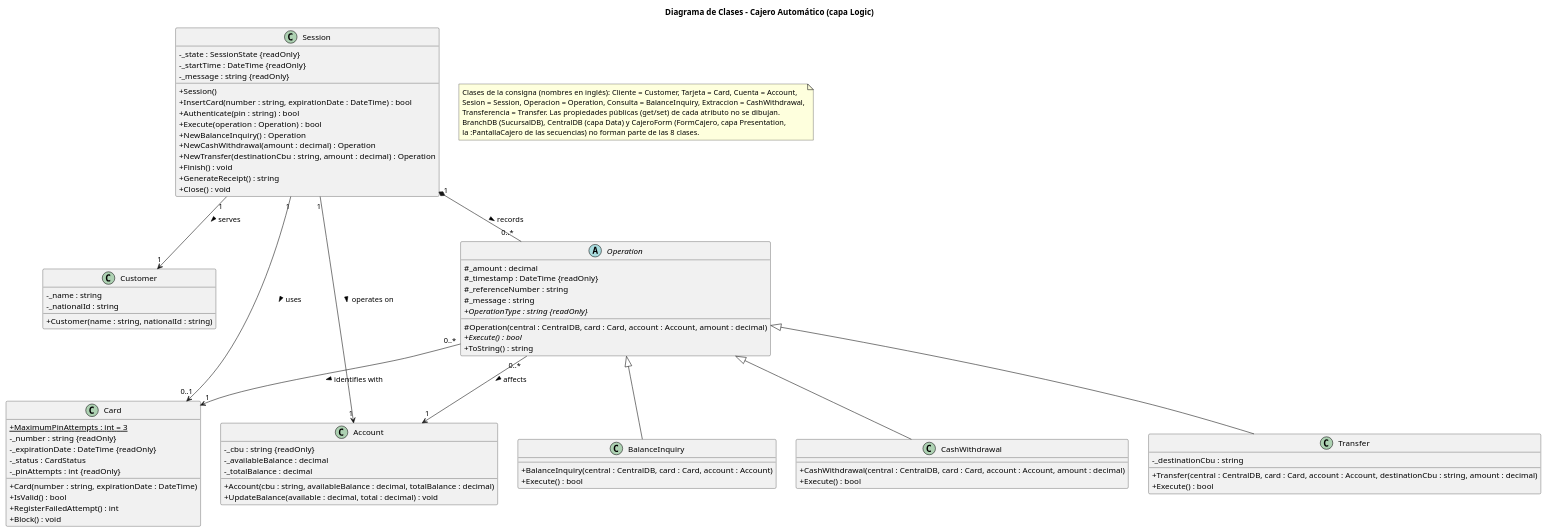
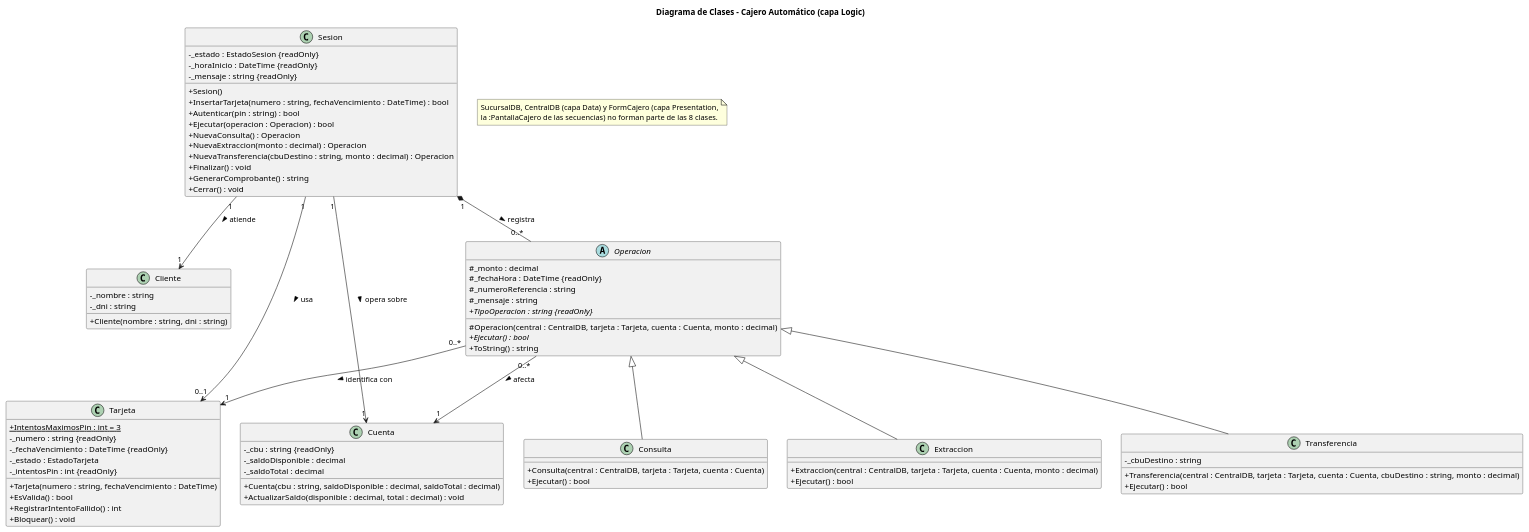
The diagram in diseno-e-implementacion-de-sistemas/trabajo-integrador/diagrams/04_clases.puml (4l3j0Ok/institute-third-year), drawn with PlantUML before and after one commit. The commit also changed 55 other files, not shown here.

Commit message:
Add FormCajero class for ATM interface and update Program entry point

```diff
--- a/diseno-e-implementacion-de-sistemas/trabajo-integrador/diagrams/04_clases.puml
+++ b/diseno-e-implementacion-de-sistemas/trabajo-integrador/diagrams/04_clases.puml
@@ -1,93 +1,90 @@
 @startuml 04_clases
 title Diagrama de Clases - Cajero Automático (capa Logic)
 skinparam shadowing false
 skinparam classAttributeIconSize 0
 
-class Customer {
-  - _name : string
-  - _nationalId : string
-  + Customer(name : string, nationalId : string)
+class Cliente {
+  - _nombre : string
+  - _dni : string
+  + Cliente(nombre : string, dni : string)
 }
 
-class Card {
-  + {static} MaximumPinAttempts : int = 3
-  - _number : string {readOnly}
-  - _expirationDate : DateTime {readOnly}
-  - _status : CardStatus
-  - _pinAttempts : int {readOnly}
-  + Card(number : string, expirationDate : DateTime)
-  + IsValid() : bool
-  + RegisterFailedAttempt() : int
-  + Block() : void
+class Tarjeta {
+  + {static} IntentosMaximosPin : int = 3
+  - _numero : string {readOnly}
+  - _fechaVencimiento : DateTime {readOnly}
+  - _estado : EstadoTarjeta
+  - _intentosPin : int {readOnly}
+  + Tarjeta(numero : string, fechaVencimiento : DateTime)
+  + EsValida() : bool
+  + RegistrarIntentoFallido() : int
+  + Bloquear() : void
 }
 
-class Account {
+class Cuenta {
   - _cbu : string {readOnly}
-  - _availableBalance : decimal
-  - _totalBalance : decimal
-  + Account(cbu : string, availableBalance : decimal, totalBalance : decimal)
-  + UpdateBalance(available : decimal, total : decimal) : void
+  - _saldoDisponible : decimal
+  - _saldoTotal : decimal
+  + Cuenta(cbu : string, saldoDisponible : decimal, saldoTotal : decimal)
+  + ActualizarSaldo(disponible : decimal, total : decimal) : void
 }
 
-class Session {
-  - _state : SessionState {readOnly}
-  - _startTime : DateTime {readOnly}
-  - _message : string {readOnly}
-  + Session()
-  + InsertCard(number : string, expirationDate : DateTime) : bool
-  + Authenticate(pin : string) : bool
-  + Execute(operation : Operation) : bool
-  + NewBalanceInquiry() : Operation
-  + NewCashWithdrawal(amount : decimal) : Operation
-  + NewTransfer(destinationCbu : string, amount : decimal) : Operation
-  + Finish() : void
-  + GenerateReceipt() : string
-  + Close() : void
+class Sesion {
+  - _estado : EstadoSesion {readOnly}
+  - _horaInicio : DateTime {readOnly}
+  - _mensaje : string {readOnly}
+  + Sesion()
+  + InsertarTarjeta(numero : string, fechaVencimiento : DateTime) : bool
+  + Autenticar(pin : string) : bool
+  + Ejecutar(operacion : Operacion) : bool
+  + NuevaConsulta() : Operacion
+  + NuevaExtraccion(monto : decimal) : Operacion
+  + NuevaTransferencia(cbuDestino : string, monto : decimal) : Operacion
+  + Finalizar() : void
+  + GenerarComprobante() : string
+  + Cerrar() : void
 }
 
-abstract class Operation {
-  # _amount : decimal
-  # _timestamp : DateTime {readOnly}
-  # _referenceNumber : string
-  # _message : string
-  + {abstract} OperationType : string {readOnly}
-  # Operation(central : CentralDB, card : Card, account : Account, amount : decimal)
-  + {abstract} Execute() : bool
+abstract class Operacion {
+  # _monto : decimal
+  # _fechaHora : DateTime {readOnly}
+  # _numeroReferencia : string
+  # _mensaje : string
+  + {abstract} TipoOperacion : string {readOnly}
+  # Operacion(central : CentralDB, tarjeta : Tarjeta, cuenta : Cuenta, monto : decimal)
+  + {abstract} Ejecutar() : bool
   + ToString() : string
 }
 
-class BalanceInquiry {
-  + BalanceInquiry(central : CentralDB, card : Card, account : Account)
-  + Execute() : bool
+class Consulta {
+  + Consulta(central : CentralDB, tarjeta : Tarjeta, cuenta : Cuenta)
+  + Ejecutar() : bool
 }
 
-class CashWithdrawal {
-  + CashWithdrawal(central : CentralDB, card : Card, account : Account, amount : decimal)
-  + Execute() : bool
+class Extraccion {
+  + Extraccion(central : CentralDB, tarjeta : Tarjeta, cuenta : Cuenta, monto : decimal)
+  + Ejecutar() : bool
 }
 
-class Transfer {
-  - _destinationCbu : string
-  + Transfer(central : CentralDB, card : Card, account : Account, destinationCbu : string, amount : decimal)
-  + Execute() : bool
+class Transferencia {
+  - _cbuDestino : string
+  + Transferencia(central : CentralDB, tarjeta : Tarjeta, cuenta : Cuenta, cbuDestino : string, monto : decimal)
+  + Ejecutar() : bool
 }
 
-Operation <|-- BalanceInquiry
-Operation <|-- CashWithdrawal
-Operation <|-- Transfer
+Operacion <|-- Consulta
+Operacion <|-- Extraccion
+Operacion <|-- Transferencia
 
-Session "1" *-- "0..*" Operation : records >
-Session "1" --> "0..1" Card : uses >
-Session "1" --> "1" Account : operates on >
-Session "1" --> "1" Customer : serves >
-Operation "0..*" --> "1" Card : identifies with >
-Operation "0..*" --> "1" Account : affects >
+Sesion "1" *-- "0..*" Operacion : registra >
+Sesion "1" --> "0..1" Tarjeta : usa >
+Sesion "1" --> "1" Cuenta : opera sobre >
+Sesion "1" --> "1" Cliente : atiende >
+Operacion "0..*" --> "1" Tarjeta : identifica con >
+Operacion "0..*" --> "1" Cuenta : afecta >
 
 note as layers
-  Clases de la consigna (nombres en inglés): Cliente = Customer, Tarjeta = Card, Cuenta = Account,
-  Sesion = Session, Operacion = Operation, Consulta = BalanceInquiry, Extraccion = CashWithdrawal,
-  Transferencia = Transfer. Las propiedades públicas (get/set) de cada atributo no se dibujan.
-  BranchDB (SucursalDB), CentralDB (capa Data) y CajeroForm (FormCajero, capa Presentation,
+  SucursalDB, CentralDB (capa Data) y FormCajero (capa Presentation,
   la :PantallaCajero de las secuencias) no forman parte de las 8 clases.
 end note
 @enduml
```
